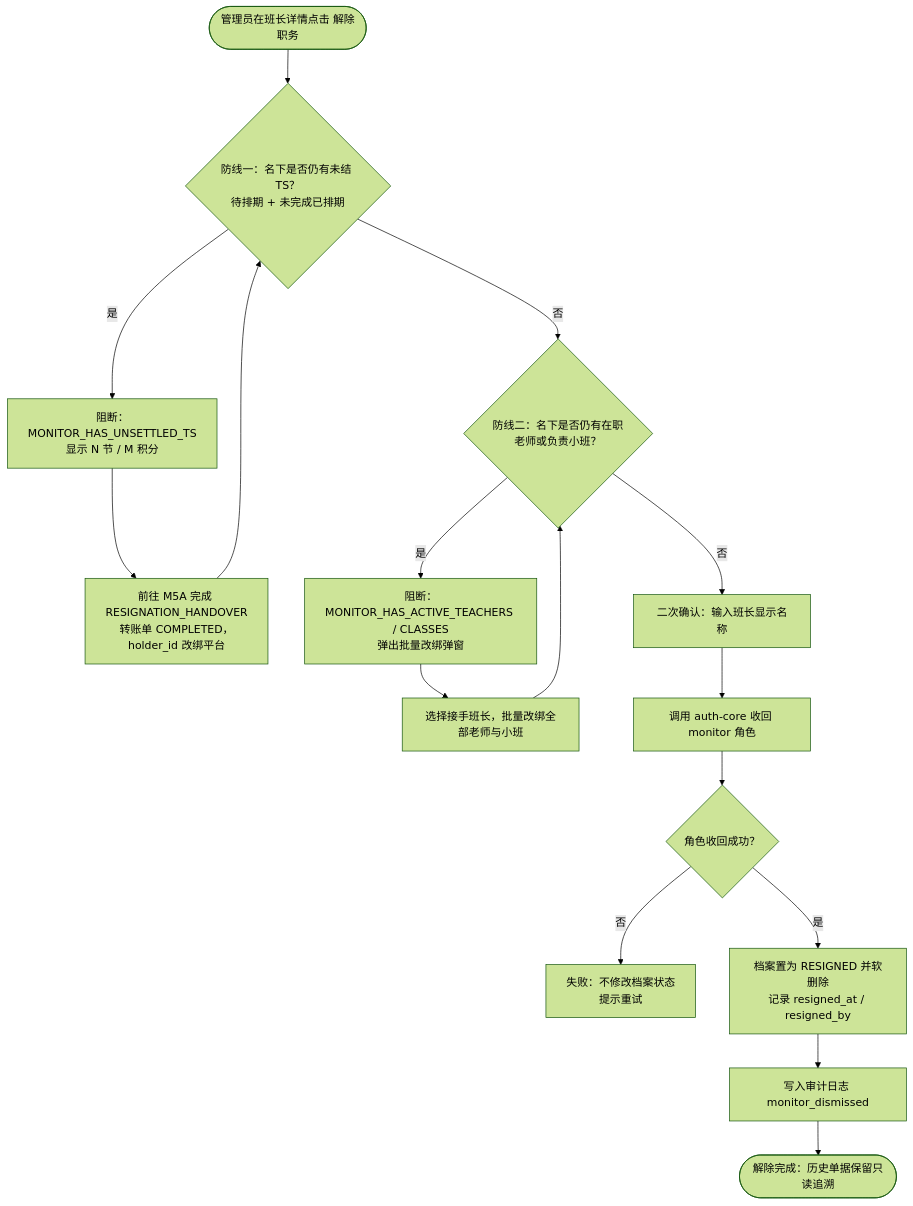
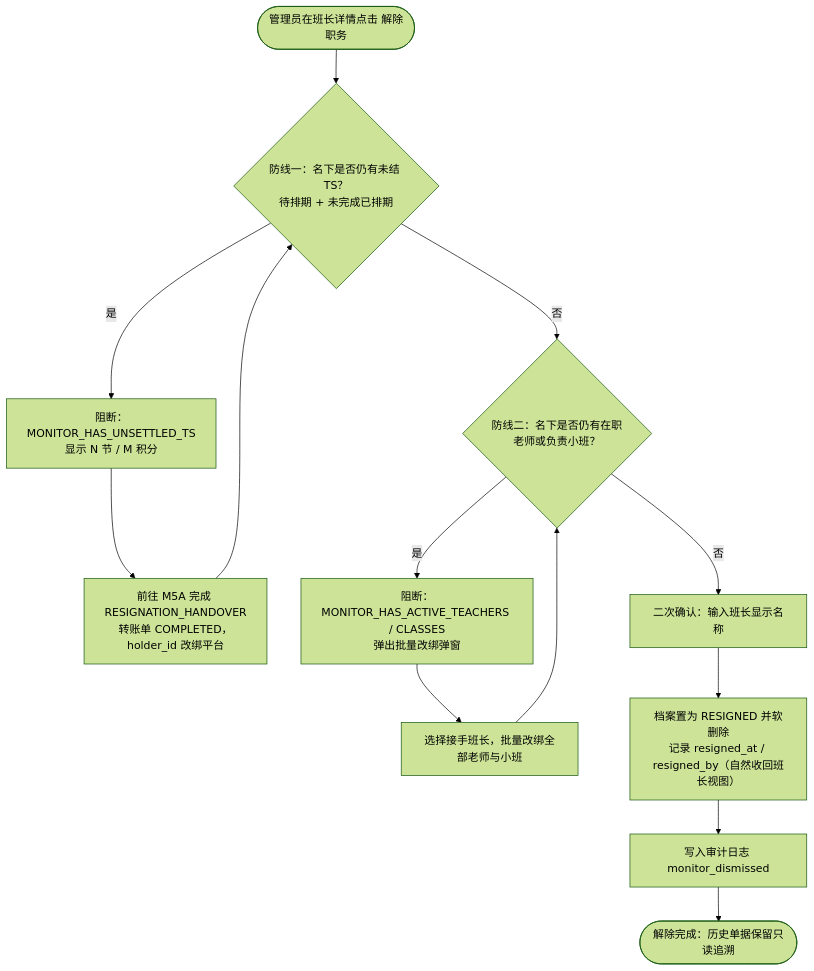
The fourth of 7 diagrams in docs/prd/m1b_teacher_profile.md (Onezao/dream), drawn with Mermaid (forest theme) before and after one commit. The commit also changed other lines of this file and 7 other files, not shown here.

````diff
--- a/docs/prd/m1b_teacher_profile.md
+++ b/docs/prd/m1b_teacher_profile.md
@@ -128,18 +125,15 @@
 ```mermaid
 flowchart TD
     Start(["管理员在班长详情点击 解除职务"]) --> D1{"防线一：名下是否仍有未结 TS？<br/>待排期 + 未完成已排期"}
     D1 -->|"是"| Block1["阻断：MONITOR_HAS_UNSETTLED_TS<br/>显示 N 节 / M 积分"]
     Block1 --> M5A["前往 M5A 完成 RESIGNATION_HANDOVER<br/>转账单 COMPLETED，holder_id 改绑平台"]
     M5A --> D1
     D1 -->|"否"| D2{"防线二：名下是否仍有在职老师或负责小班？"}
     D2 -->|"是"| Block2["阻断：MONITOR_HAS_ACTIVE_TEACHERS / CLASSES<br/>弹出批量改绑弹窗"]
     Block2 --> Rebind["选择接手班长，批量改绑全部老师与小班"]
     Rebind --> D2
     D2 -->|"否"| Confirm["二次确认：输入班长显示名称"]
-    Confirm --> Revoke["调用 auth-core 收回 monitor 角色"]
-    Revoke --> RevokeOk{"角色收回成功？"}
-    RevokeOk -->|"否"| Err["失败：不修改档案状态<br/>提示重试"]
-    RevokeOk -->|"是"| SoftDelete["档案置为 RESIGNED 并软删除<br/>记录 resigned_at / resigned_by"]
+    Confirm --> SoftDelete["档案置为 RESIGNED 并软删除<br/>记录 resigned_at / resigned_by（自然收回班长视图）"]
     SoftDelete --> Audit["写入审计日志 monitor_dismissed"]
     Audit --> Done(["解除完成：历史单据保留只读追溯"])
 ```
````
